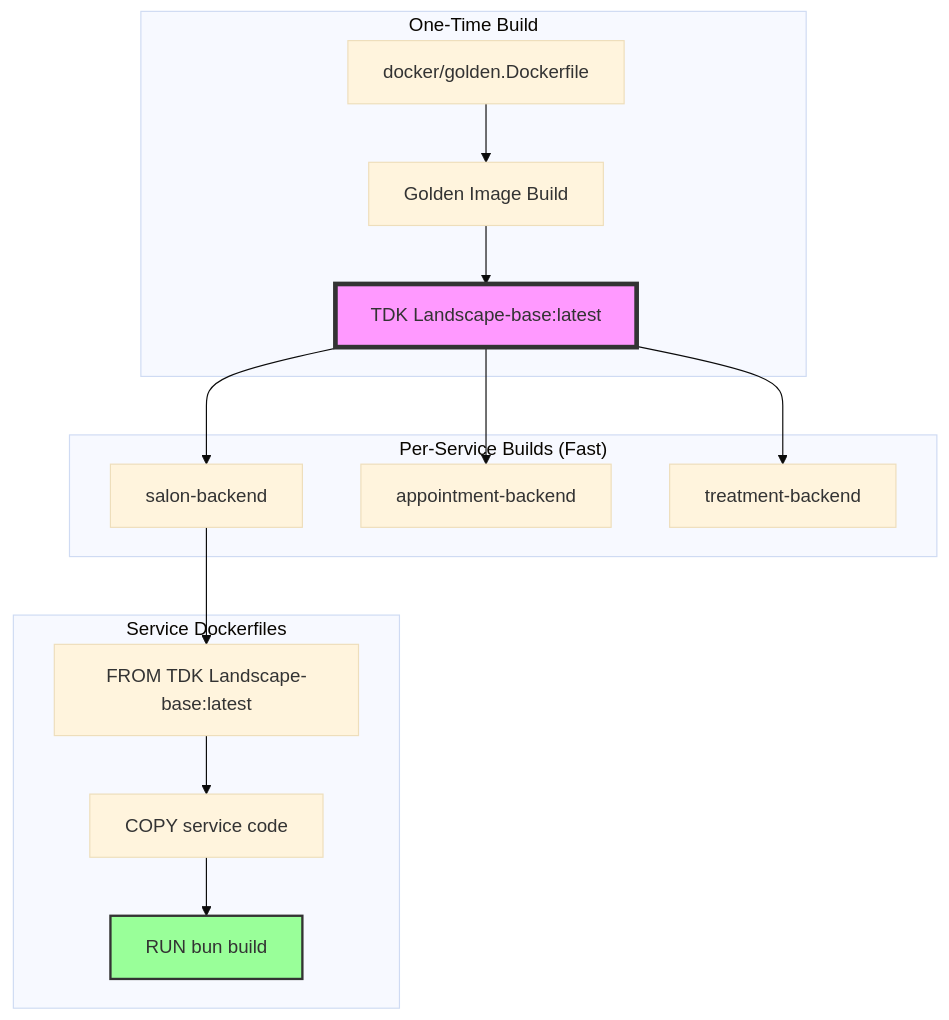
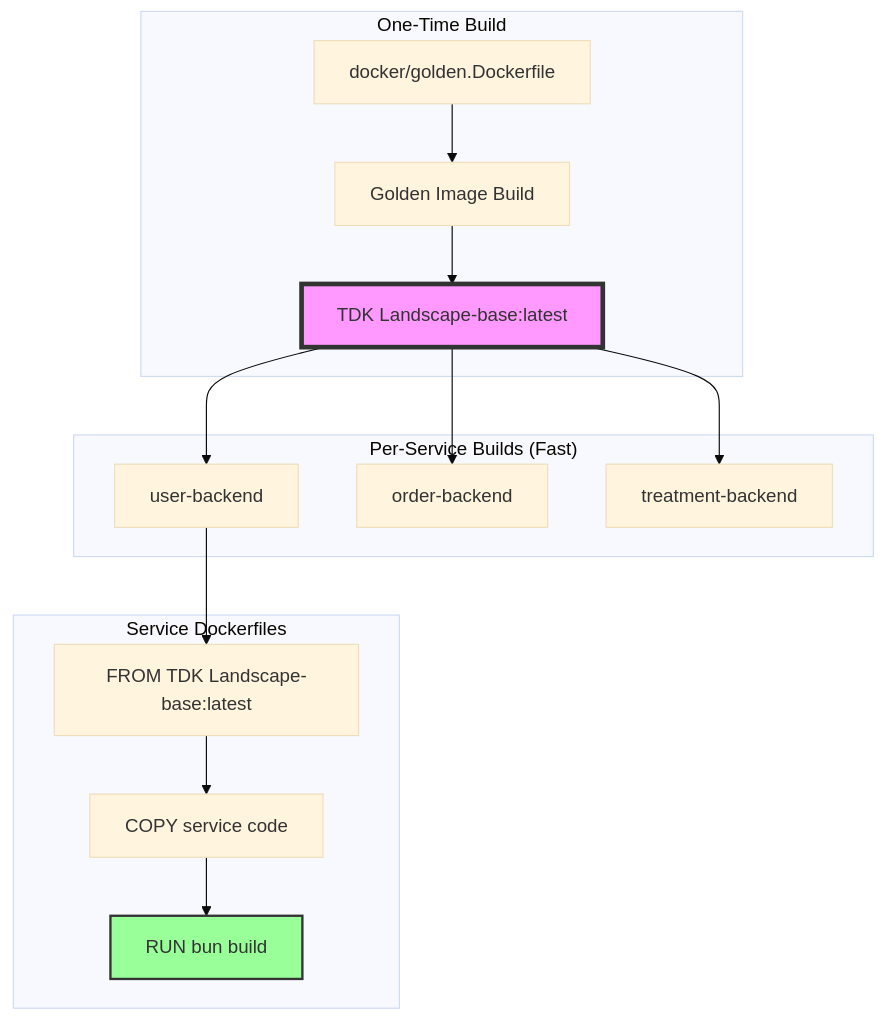
One commit to AK-Lmn/tdk-cli-core changed the third of 5 diagrams in engine/docs/C4-ARCHITECTURE-operations.md. Above: the diagram before and after it, drawn with Mermaid (base theme). The commit also changed other lines of this file and 60 other files, not shown here.

````diff
--- a/engine/docs/C4-ARCHITECTURE-operations.md
+++ b/engine/docs/C4-ARCHITECTURE-operations.md
@@ -148,32 +148,32 @@
 ```mermaid
 graph TB
     subgraph "One-Time Build"
         GD[docker/golden.Dockerfile]
         GB[Golden Image Build]
         GI[TDK Landscape-base:latest]
     end
     
     subgraph "Per-Service Builds (Fast)"
-        S1[salon-backend]
-        S2[appointment-backend]
+        S1[user-backend]
+        S2[order-backend]
         S3[treatment-backend]
     end
     
     subgraph "Service Dockerfiles"
         DF1[FROM TDK Landscape-base:latest]
         DF2[COPY service code]
         DF3[RUN bun build]
     end
     
     GD --> GB
     GB --> GI
     GI --> S1
     GI --> S2
     GI --> S3
     S1 --> DF1
     DF1 --> DF2
     DF2 --> DF3
     
     style GI fill:#f9f,stroke:#333,stroke-width:4px
     style DF3 fill:#9f9,stroke:#333,stroke-width:2px
 ```
````
